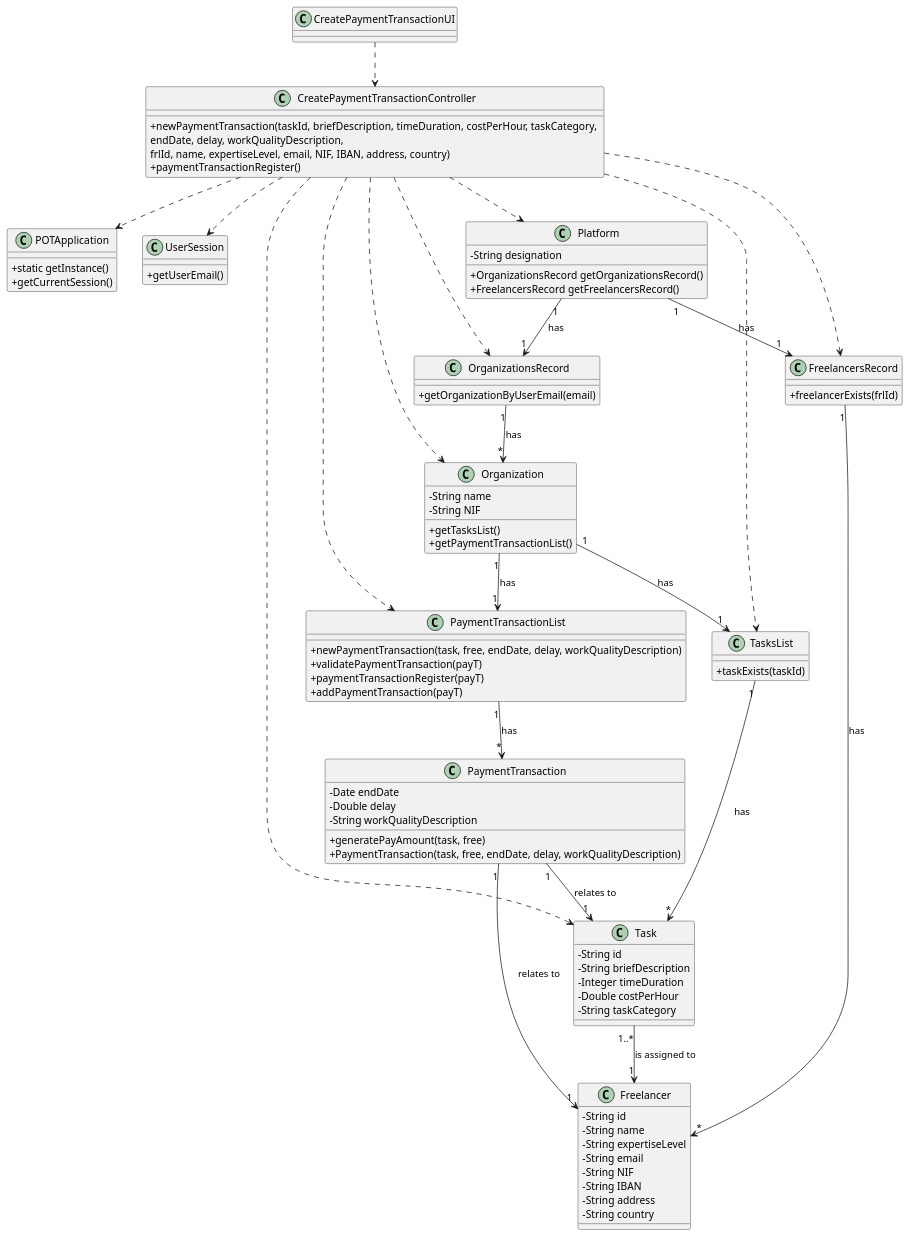
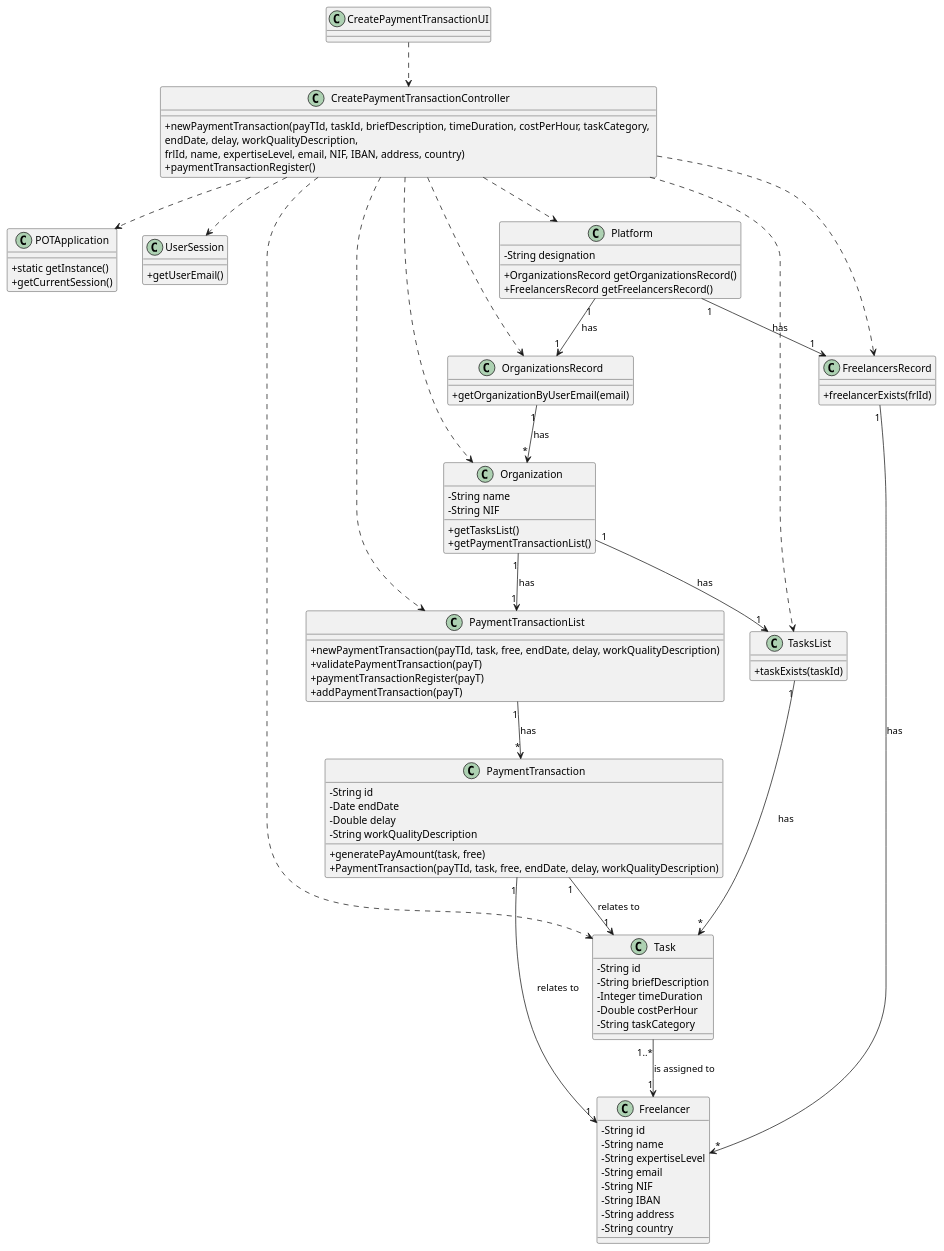
Before and after one commit to pedrolemos4/LAPR2: the diagram in docs/UC3 - Create Payment Transaction/UC3_CD.puml, drawn with PlantUML. The commit also changed 13 other files, not shown here.

```diff
--- a/docs/UC3 - Create Payment Transaction/UC3_CD.puml
+++ b/docs/UC3 - Create Payment Transaction/UC3_CD.puml
@@ -1,107 +1,108 @@
 @startuml
 skinparam classAttributeIconSize 0
 
 class POTApplication
 {
   +static getInstance()
   +getCurrentSession()
 }
 
 class UserSession
 {
   +getUserEmail()
 }
 
 class Task {
   -String id
   -String briefDescription
   -Integer timeDuration
   -Double costPerHour
   -String taskCategory
 }
 
 class Freelancer {
   -String id
   -String name
   -String expertiseLevel
   -String email
   -String NIF
   -String IBAN
   -String address
   -String country
 }
 
 class Organization {
   -String name
   -String NIF
   +getTasksList()
   +getPaymentTransactionList()
   
 }
 
 class TasksList {
   +taskExists(taskId)
 }
 
 class Platform {
   -String designation
   +OrganizationsRecord getOrganizationsRecord()
   +FreelancersRecord getFreelancersRecord()
 }
 
 class FreelancersRecord {
   +freelancerExists(frlId)
 }
 
 class OrganizationsRecord  {
   +getOrganizationByUserEmail(email)
 }
 
 class CreatePaymentTransactionController {
-  +newPaymentTransaction(taskId, briefDescription, timeDuration, costPerHour, taskCategory, \nendDate, delay, workQualityDescription, \nfrlId, name, expertiseLevel, email, NIF, IBAN, address, country)
+  +newPaymentTransaction(payTId, taskId, briefDescription, timeDuration, costPerHour, taskCategory, \nendDate, delay, workQualityDescription, \nfrlId, name, expertiseLevel, email, NIF, IBAN, address, country)
   +paymentTransactionRegister()
 }
 
 class CreatePaymentTransactionUI {
 }
 
 class PaymentTransaction{
+  -String id
   -Date endDate
   -Double delay
   -String workQualityDescription
   +generatePayAmount(task, free)
-  +PaymentTransaction(task, free, endDate, delay, workQualityDescription)
+  +PaymentTransaction(payTId, task, free, endDate, delay, workQualityDescription)
 }
 
 class PaymentTransactionList{
-  +newPaymentTransaction(task, free, endDate, delay, workQualityDescription)
+  +newPaymentTransaction(payTId, task, free, endDate, delay, workQualityDescription)
   +validatePaymentTransaction(payT)
   +paymentTransactionRegister(payT)
   +addPaymentTransaction(payT)
 }
 
 CreatePaymentTransactionUI ..> CreatePaymentTransactionController
 CreatePaymentTransactionController ..> Platform
 CreatePaymentTransactionController ..> Task
 CreatePaymentTransactionController ..> Organization
 CreatePaymentTransactionController ..> POTApplication
 CreatePaymentTransactionController ..> UserSession
 CreatePaymentTransactionController ..> TasksList
 CreatePaymentTransactionController ..> FreelancersRecord
 CreatePaymentTransactionController ..> OrganizationsRecord
 CreatePaymentTransactionController ..> PaymentTransactionList
 Platform "1" --> "1" FreelancersRecord : has
 Platform "1" --> "1" OrganizationsRecord : has
 
 FreelancersRecord "1" --> "*" Freelancer : has
 OrganizationsRecord "1" --> "*" Organization : has
 Organization "1" --> "1" TasksList : has
 Organization "1" --> "1" PaymentTransactionList : has
 PaymentTransactionList "1" --> "*" PaymentTransaction : has
 TasksList "1" --> "*" Task : has
 Task "1..*" --> "1" Freelancer : is assigned to
 
 PaymentTransaction "1" --> "1" Freelancer : relates to
 PaymentTransaction "1" --> "1" Task : relates to
 
 @enduml
```
